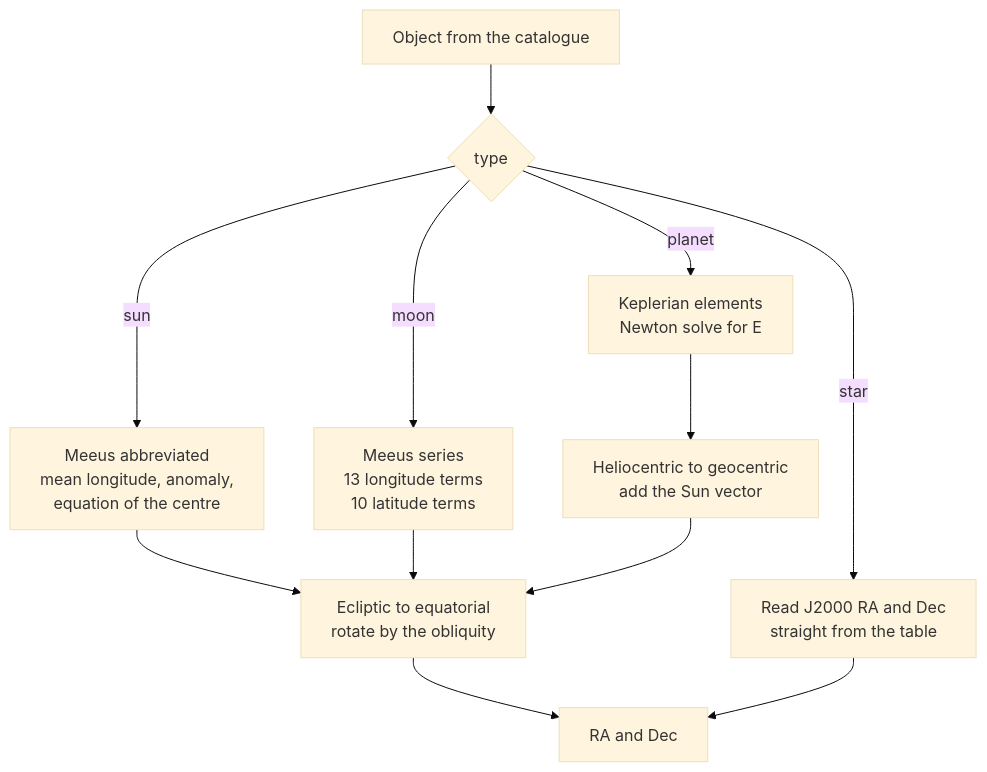
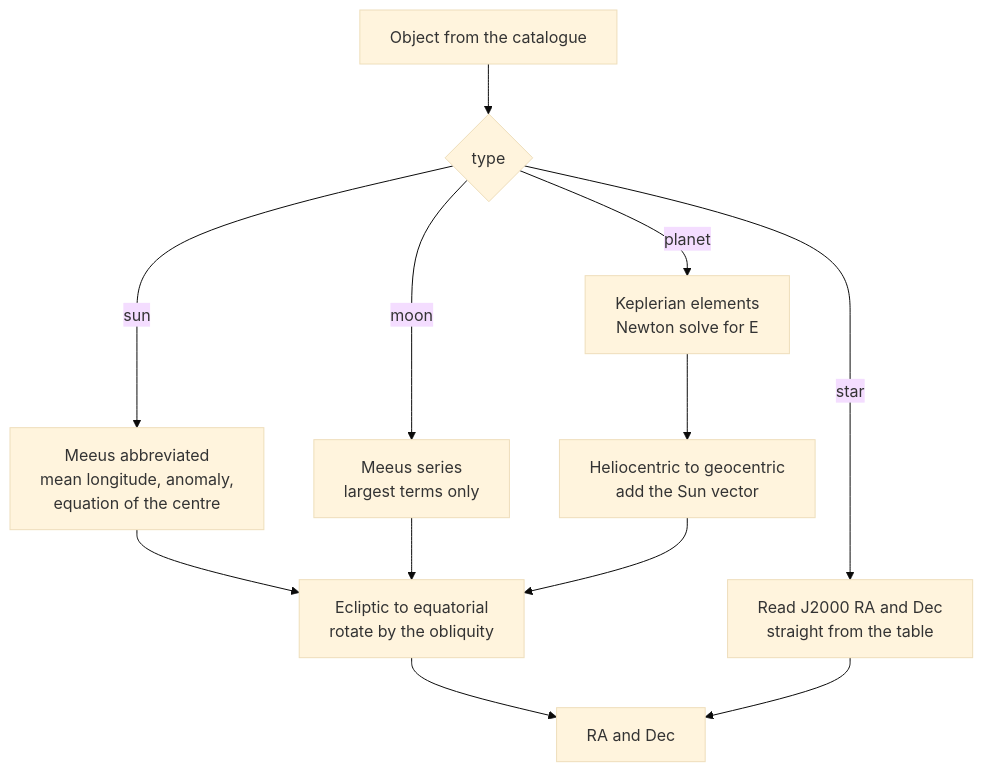
Before and after one commit to Cvar1984/Miniverse: the third of 5 diagrams in README.md, drawn with Mermaid (base theme). The commit also changed other lines of this file, not shown here.

````diff
--- a/README.md
+++ b/README.md
@@ -258,14 +256,14 @@
 ```mermaid
 flowchart TD
     OBJ["Object from the catalogue"] --> T{"type"}
     T -->|star| S["Read J2000 RA and Dec<br/>straight from the table"]
     T -->|sun| SU["Meeus abbreviated<br/>mean longitude, anomaly,<br/>equation of the centre"]
-    T -->|moon| MO["Meeus series<br/>13 longitude terms<br/>10 latitude terms"]
+    T -->|moon| MO["Meeus series<br/>largest terms only"]
     T -->|planet| PL["Keplerian elements<br/>Newton solve for E"]
     PL --> HG["Heliocentric to geocentric<br/>add the Sun vector"]
     SU --> EQ["Ecliptic to equatorial<br/>rotate by the obliquity"]
     MO --> EQ
     HG --> EQ
     EQ --> OUT["RA and Dec"]
     S --> OUT
 ```
````
